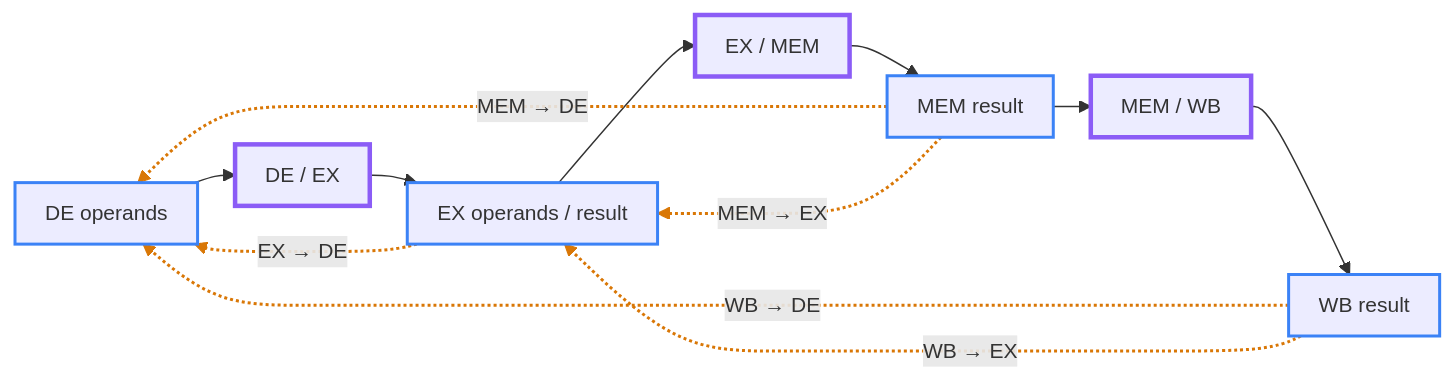
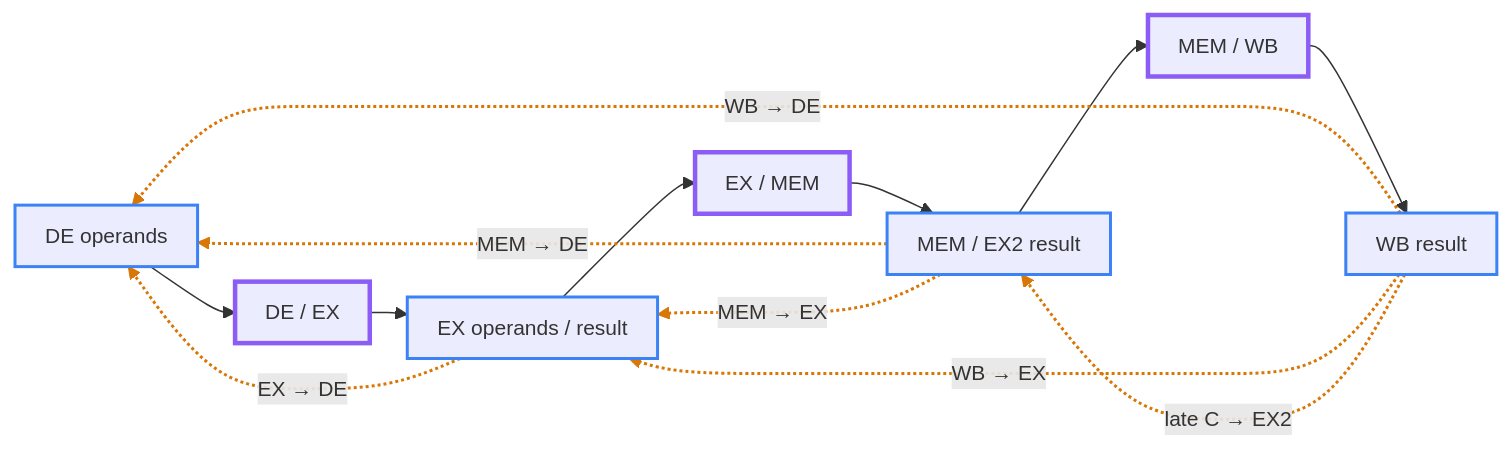
Before and after one commit to JoGei/uquintus: the second of 2 diagrams in README.md, drawn with Mermaid. The commit also changed other lines of this file and 107 other files, not shown here.

````diff
--- a/README.md
+++ b/README.md
@@ -151,19 +155,20 @@
 ```mermaid
 %%{init: {"flowchart": {"nodeSpacing": 20, "rankSpacing": 25, "padding": 10}, "themeVariables": {"fontSize": "14px"}}}%%
 flowchart LR
     DE["DE operands"] --> DE_EX["DE / EX"] --> EX["EX operands / result"]
-    EX --> EX_MEM["EX / MEM"] --> MEM["MEM result"] --> MEM_WB["MEM / WB"] --> WB["WB result"]
+    EX --> EX_MEM["EX / MEM"] --> MEM["MEM / EX2 result"] --> MEM_WB["MEM / WB"] --> WB["WB result"]
 
-    %% Bypass edges 6–10; keep linkStyle indices aligned with these routes.
+    %% Bypass edges 6–11; keep linkStyle indices aligned with these routes.
     EX -.->|"EX → DE"| DE
     MEM -.->|"MEM → DE"| DE
     WB -.->|"WB → DE"| DE
     MEM -.->|"MEM → EX"| EX
     WB -.->|"WB → EX"| EX
+    WB -.->|"late C → EX2"| MEM
 
     classDef stage stroke:#3b82f6,stroke-width:2px
     classDef boundary stroke:#8b5cf6,stroke-width:3px
     class DE,EX,MEM,WB stage
     class DE_EX,EX_MEM,MEM_WB boundary
-    linkStyle 6,7,8,9,10 stroke:#d97706,stroke-width:2px
+    linkStyle 6,7,8,9,10,11 stroke:#d97706,stroke-width:2px
 ```
````
